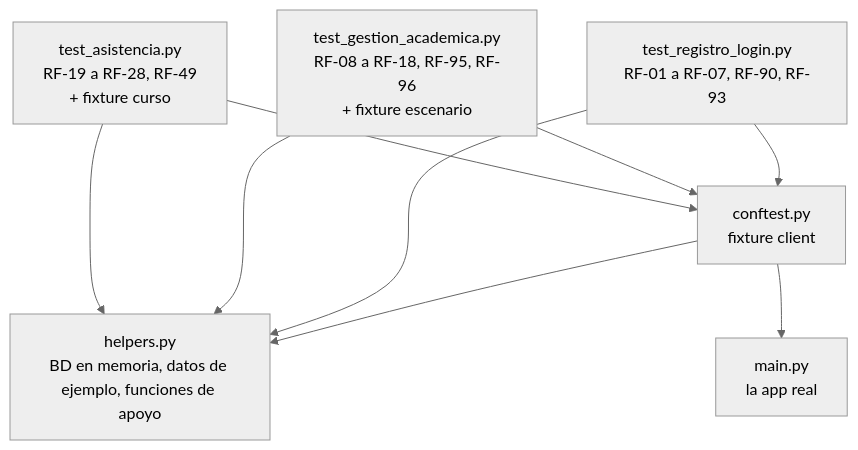
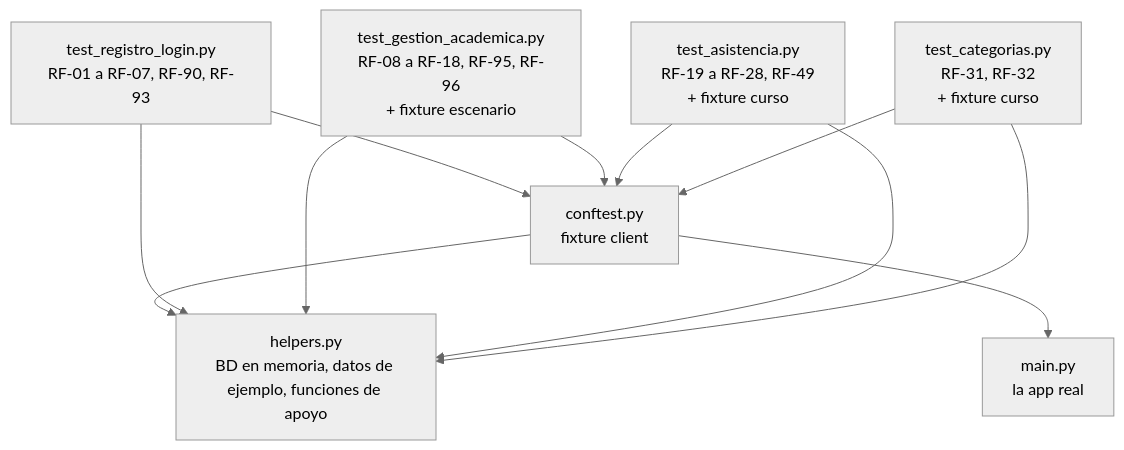
Before and after one commit to Huitrado/SEPA: the diagram in docs/backend/07-pruebas.md, drawn with Mermaid (neutral theme). The commit also changed other lines of this file and 6 other files, not shown here.

````diff
--- a/docs/backend/07-pruebas.md
+++ b/docs/backend/07-pruebas.md
@@ -50,11 +50,13 @@
 ```mermaid
 flowchart TD
     C["conftest.py<br/>fixture client"] --> H["helpers.py<br/>BD en memoria, datos de ejemplo, funciones de apoyo"]
     C --> M["main.py<br/>la app real"]
     T1["test_registro_login.py<br/>RF-01 a RF-07, RF-90, RF-93"] --> C
     T1 --> H
     T2["test_gestion_academica.py<br/>RF-08 a RF-18, RF-95, RF-96<br/>+ fixture escenario"] --> C
     T2 --> H
     T3["test_asistencia.py<br/>RF-19 a RF-28, RF-49<br/>+ fixture curso"] --> C
     T3 --> H
+    T4["test_categorias.py<br/>RF-31, RF-32<br/>+ fixture curso"] --> C
+    T4 --> H
 ```
````
